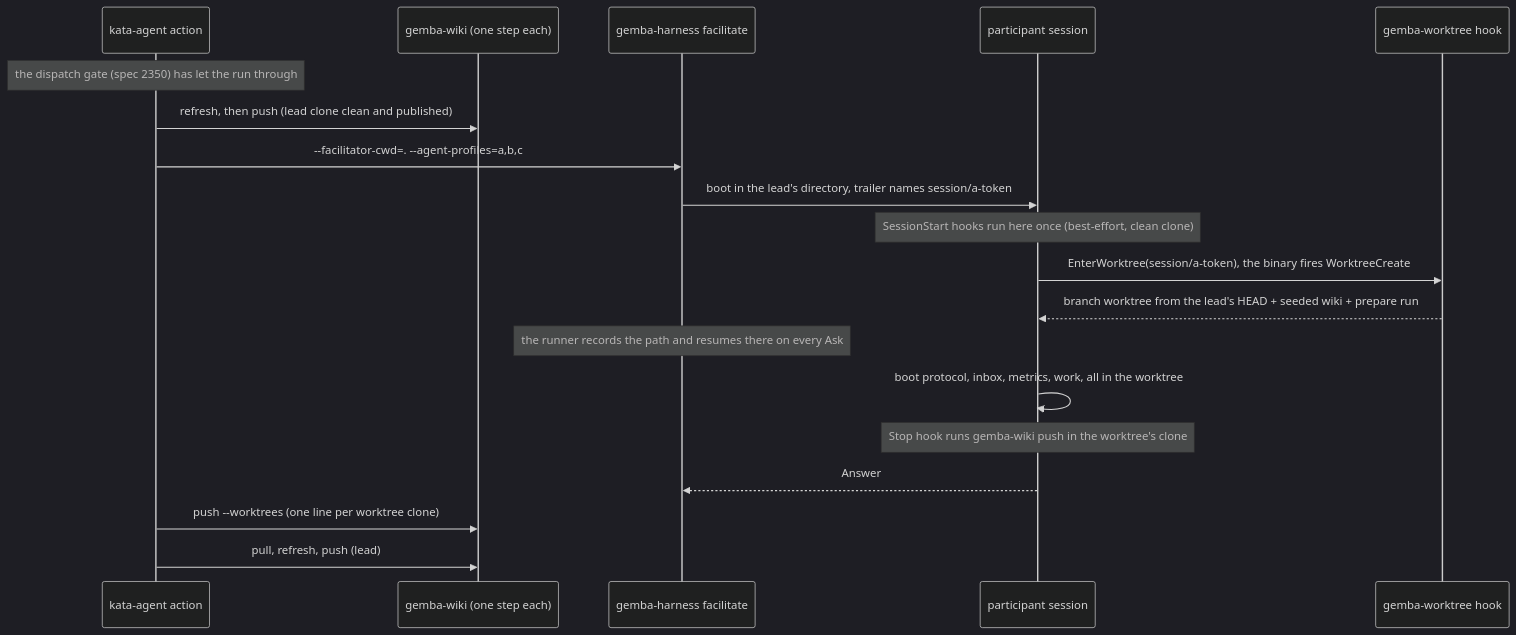
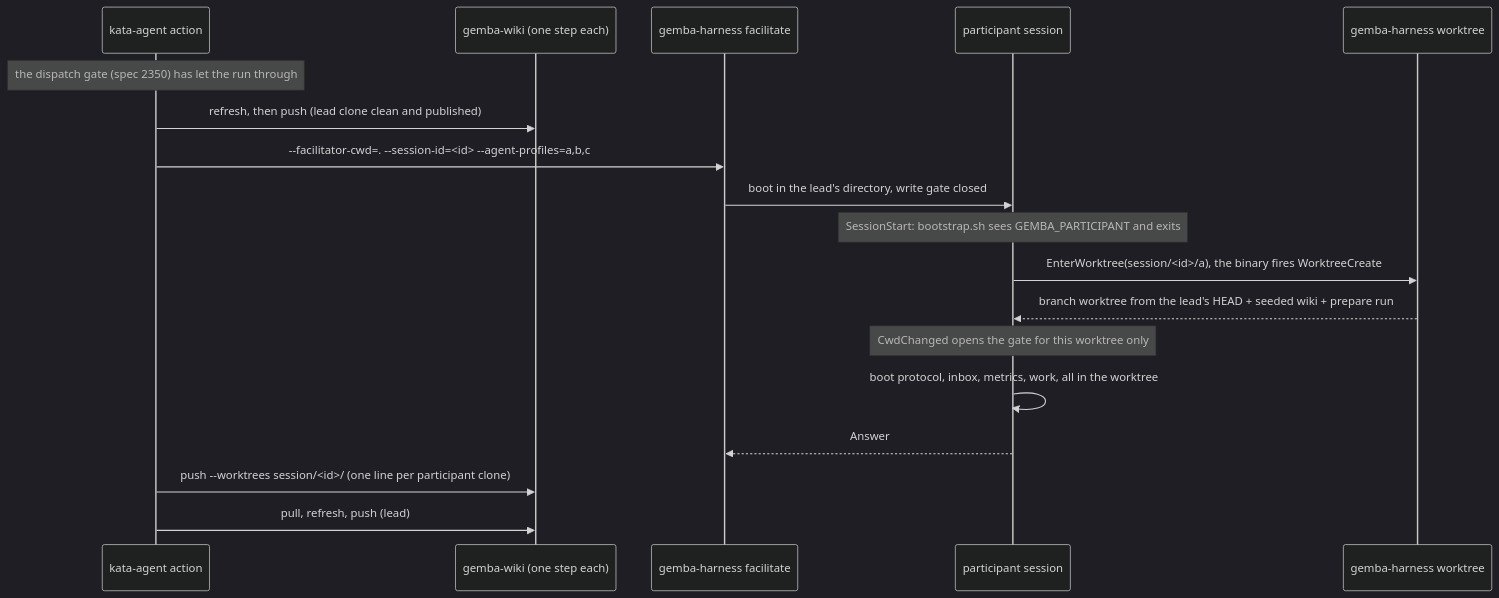
One commit to forwardimpact/monorepo changed the second of 2 diagrams in specs/2380-facilitated-session-isolation/design-b.md. Above: the diagram before and after it, drawn with Mermaid (dark theme). The commit also changed other lines of this file, not shown here.

````diff
--- a/specs/2380-facilitated-session-isolation/design-b.md
+++ b/specs/2380-facilitated-session-isolation/design-b.md
@@ -55,21 +54,20 @@
 ```mermaid
 sequenceDiagram
     participant A as kata-agent action
     participant W as gemba-wiki (one step each)
     participant H as gemba-harness facilitate
     participant P as participant session
-    participant G as gemba-worktree hook
+    participant G as gemba-harness worktree
     Note over A: the dispatch gate (spec 2350) has let the run through
     A->>W: refresh, then push (lead clone clean and published)
-    A->>H: --facilitator-cwd=. --agent-profiles=a,b,c
-    H->>P: boot in the lead's directory, trailer names session/a-token
-    Note over P: SessionStart hooks run here once (best-effort, clean clone)
-    P->>G: EnterWorktree(session/a-token), the binary fires WorktreeCreate
+    A->>H: --facilitator-cwd=. --session-id=<id> --agent-profiles=a,b,c
+    H->>P: boot in the lead's directory, write gate closed
+    Note over P: SessionStart: bootstrap.sh sees GEMBA_PARTICIPANT and exits
+    P->>G: EnterWorktree(session/<id>/a), the binary fires WorktreeCreate
     G-->>P: branch worktree from the lead's HEAD + seeded wiki + prepare run
-    Note over H: the runner records the path and resumes there on every Ask
+    Note over P: CwdChanged opens the gate for this worktree only
     P->>P: boot protocol, inbox, metrics, work, all in the worktree
-    Note over P: Stop hook runs gemba-wiki push in the worktree's clone
     P-->>H: Answer
-    A->>W: push --worktrees (one line per worktree clone)
+    A->>W: push --worktrees session/<id>/ (one line per participant clone)
     A->>W: pull, refresh, push (lead)
 ```
````
